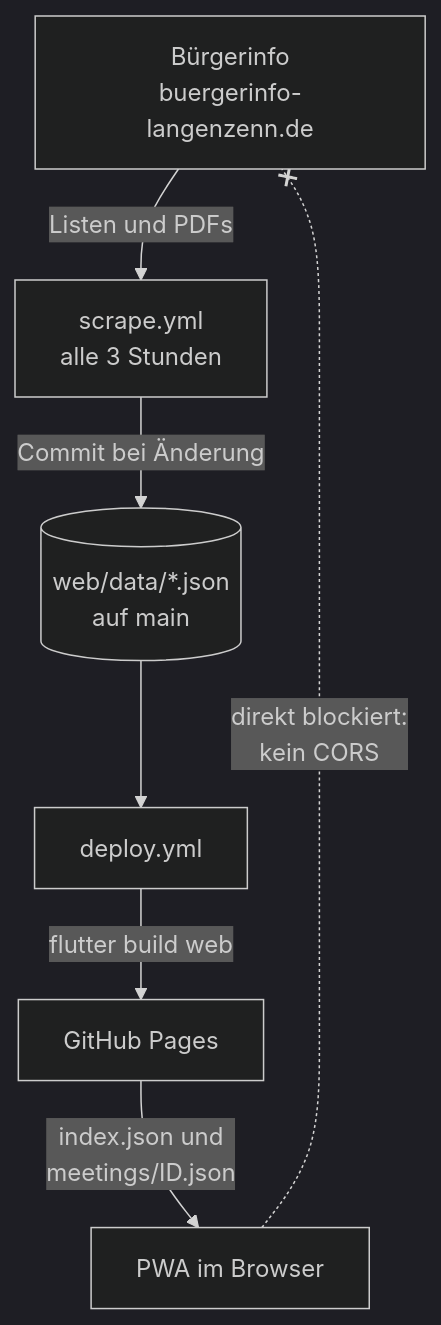
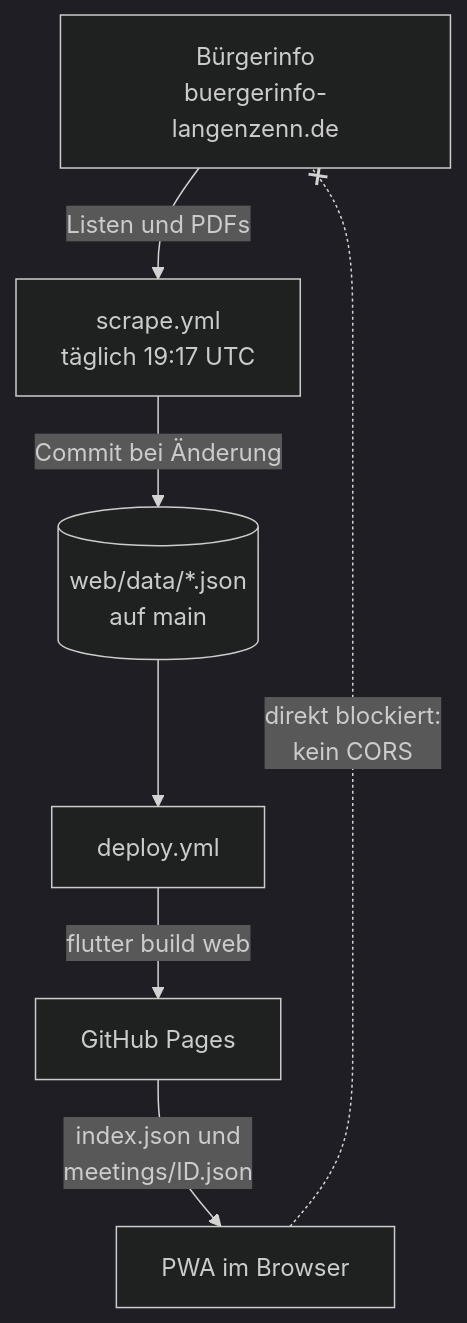
The first of 5 diagrams in README.md (michaelsandner/council), drawn with Mermaid (dark theme) before and after one commit. The commit also changed other lines of this file and 1 other file, not shown here.

First line of the commit message:
ci(scrape): refresh the council data once a day at US midday

````diff
--- a/README.md
+++ b/README.md
@@ -35,9 +35,9 @@
 ```mermaid
 flowchart TD
-    SN["Bürgerinfo<br/>buergerinfo-langenzenn.de"] -- "Listen und PDFs" --> SC["scrape.yml<br/>alle 3 Stunden"]
+    SN["Bürgerinfo<br/>buergerinfo-langenzenn.de"] -- "Listen und PDFs" --> SC["scrape.yml<br/>täglich 19:17 UTC"]
     SC -- "Commit bei Änderung" --> DATA[("web/data/*.json<br/>auf main")]
     DATA --> DE["deploy.yml"]
     DE -- "flutter build web" --> PG["GitHub Pages"]
     PG -- "index.json und<br/>meetings/ID.json" --> APP["PWA im Browser"]
     APP -. "direkt blockiert:<br/>kein CORS" .-x SN
 ```
````
